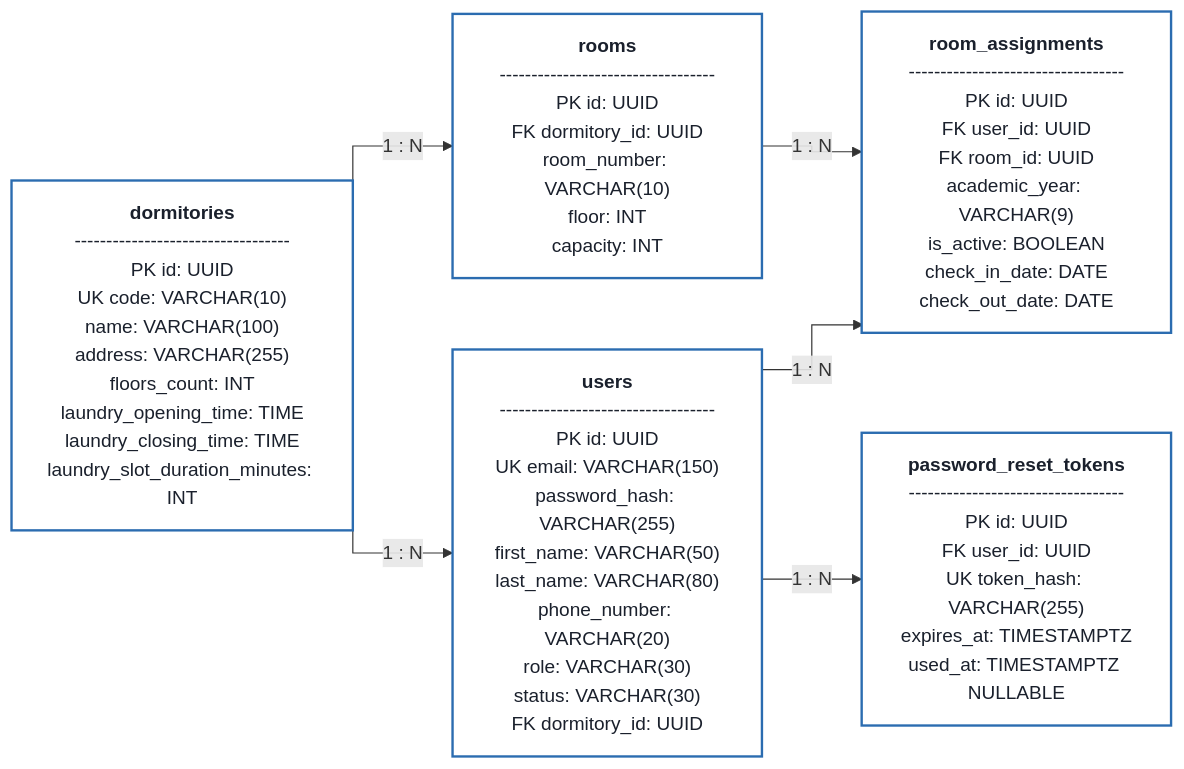
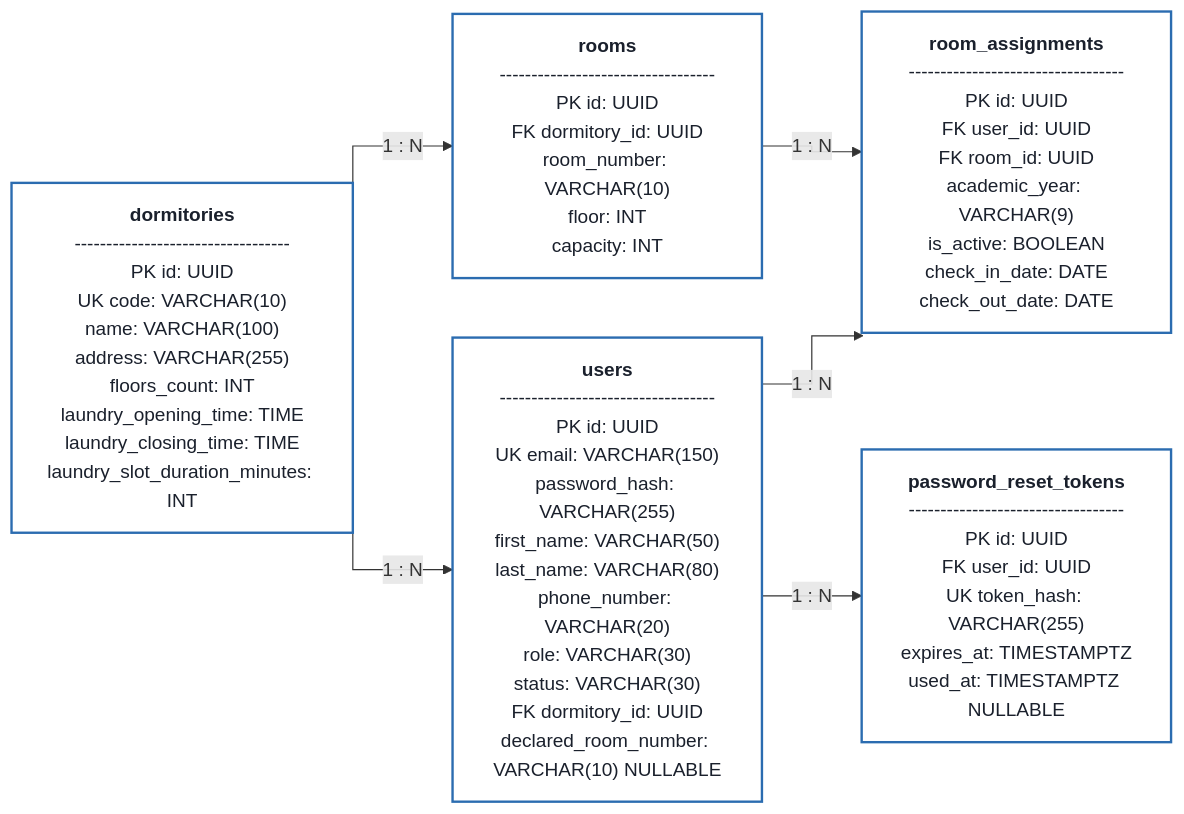
Before and after one commit to Buczy8/PKampus: the first of 5 diagrams in Docs/Model_Bazy_Danych_ERD.md, drawn with Mermaid. The commit also changed other lines of this file and 5 other files, not shown here.

Commit message:
docs: update C4 diagrams and ERD to clarify roles and interactions, including Superadmin responsibilities and user registration details

````diff
--- a/Docs/Model_Bazy_Danych_ERD.md
+++ b/Docs/Model_Bazy_Danych_ERD.md
@@ -28,21 +28,21 @@
 ```mermaid
 %%{init: {'flowchart': {'curve': 'stepBefore'}}}%%
 flowchart LR
     classDef tableStyle fill:#ffffff,stroke:#2b6cb0,stroke-width:2px,color:#1a202c;
 
     DORMITORIES["<b>dormitories</b><br/>----------------------------------<br/>PK id: UUID<br/>UK code: VARCHAR(10)<br/>name: VARCHAR(100)<br/>address: VARCHAR(255)<br/>floors_count: INT<br/>laundry_opening_time: TIME<br/>laundry_closing_time: TIME<br/>laundry_slot_duration_minutes: INT"]:::tableStyle
 
     ROOMS["<b>rooms</b><br/>----------------------------------<br/>PK id: UUID<br/>FK dormitory_id: UUID<br/>room_number: VARCHAR(10)<br/>floor: INT<br/>capacity: INT"]:::tableStyle
 
-    USERS["<b>users</b><br/>----------------------------------<br/>PK id: UUID<br/>UK email: VARCHAR(150)<br/>password_hash: VARCHAR(255)<br/>first_name: VARCHAR(50)<br/>last_name: VARCHAR(80)<br/>phone_number: VARCHAR(20)<br/>role: VARCHAR(30)<br/>status: VARCHAR(30)<br/>FK dormitory_id: UUID"]:::tableStyle
+    USERS["<b>users</b><br/>----------------------------------<br/>PK id: UUID<br/>UK email: VARCHAR(150)<br/>password_hash: VARCHAR(255)<br/>first_name: VARCHAR(50)<br/>last_name: VARCHAR(80)<br/>phone_number: VARCHAR(20)<br/>role: VARCHAR(30)<br/>status: VARCHAR(30)<br/>FK dormitory_id: UUID<br/>declared_room_number: VARCHAR(10) NULLABLE"]:::tableStyle
 
     ROOM_ASSIGNMENTS["<b>room_assignments</b><br/>----------------------------------<br/>PK id: UUID<br/>FK user_id: UUID<br/>FK room_id: UUID<br/>academic_year: VARCHAR(9)<br/>is_active: BOOLEAN<br/>check_in_date: DATE<br/>check_out_date: DATE"]:::tableStyle
 
     PASSWORD_RESET_TOKENS["<b>password_reset_tokens</b><br/>----------------------------------<br/>PK id: UUID<br/>FK user_id: UUID<br/>UK token_hash: VARCHAR(255)<br/>expires_at: TIMESTAMPTZ<br/>used_at: TIMESTAMPTZ NULLABLE"]:::tableStyle
 
     DORMITORIES -->|1 : N| ROOMS
     DORMITORIES -->|1 : N| USERS
     ROOMS -->|1 : N| ROOM_ASSIGNMENTS
     USERS -->|1 : N| ROOM_ASSIGNMENTS
     USERS -->|1 : N| PASSWORD_RESET_TOKENS
 ```
````
